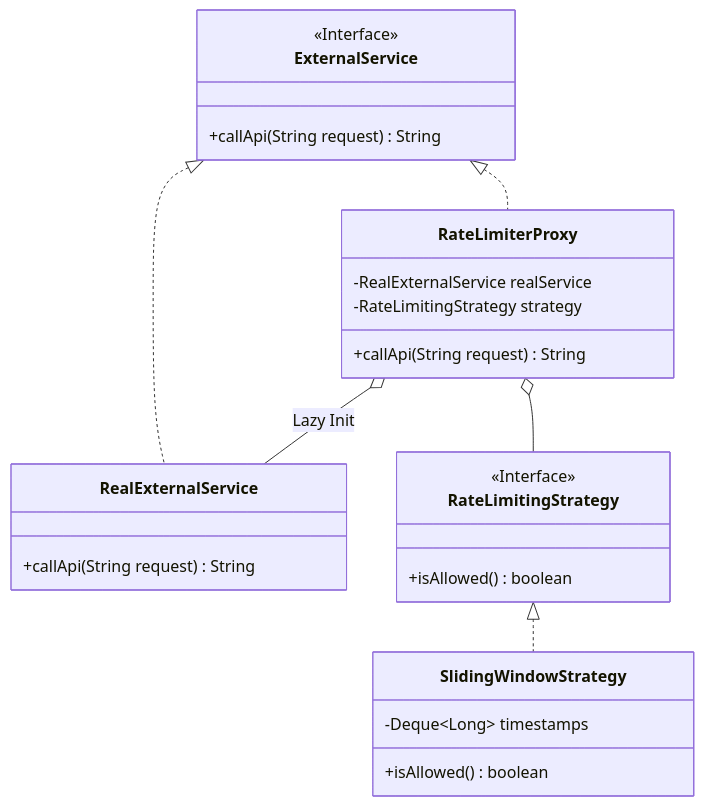
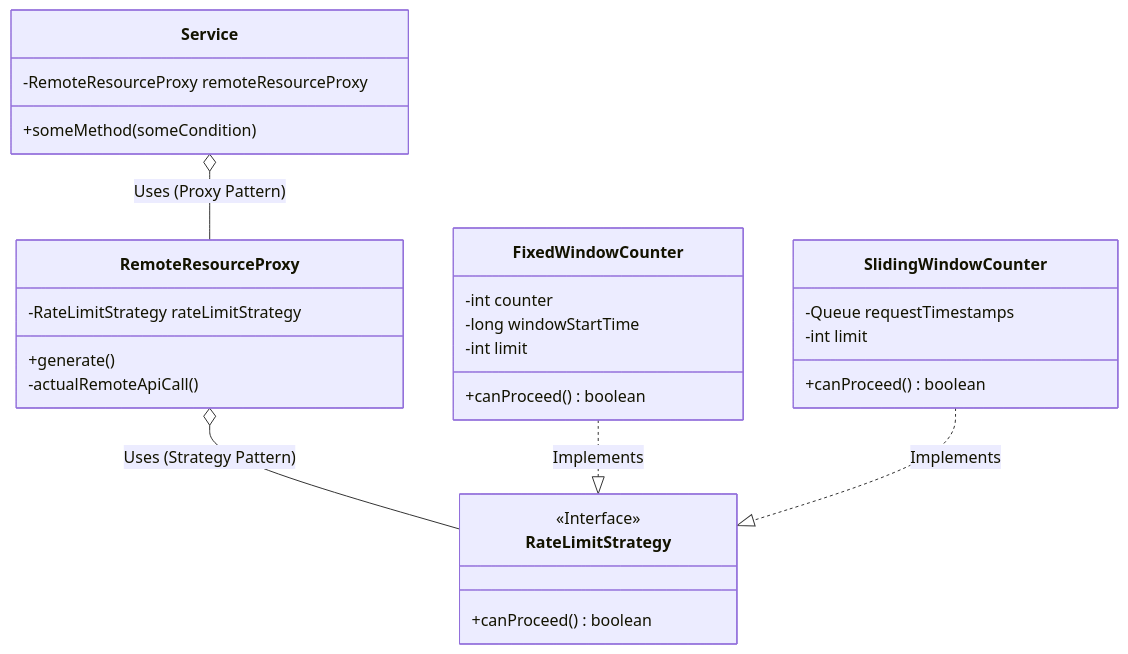
Before and after one commit to WhySeriousKaif/SystemDesignAll: the diagram in rate_limiter/readme.md, drawn with Mermaid. The commit also changed other lines of this file and 39 other files, not shown here.

````diff
--- a/rate_limiter/readme.md
+++ b/rate_limiter/readme.md
@@ -49,29 +21,37 @@
 ```mermaid
 classDiagram
-    class ExternalService {
+    class RateLimitStrategy {
         <<Interface>>
-        +callApi(String request) String
-    }
-    class RealExternalService {
-        +callApi(String request) String
-    }
-    class RateLimiterProxy {
-        -RealExternalService realService
-        -RateLimitingStrategy strategy
-        +callApi(String request) String
-    }
-    class RateLimitingStrategy {
-        <<Interface>>
-        +isAllowed() boolean
-    }
-    class SlidingWindowStrategy {
-        -Deque~Long~ timestamps
-        +isAllowed() boolean
+        +canProceed() boolean
     }
 
-    ExternalService <|.. RealExternalService
-    ExternalService <|.. RateLimiterProxy
-    RateLimiterProxy o-- RateLimitingStrategy
-    RateLimiterProxy o-- RealExternalService : Lazy Init
-    RateLimitingStrategy <|.. SlidingWindowStrategy
+    class FixedWindowCounter {
+        -int counter
+        -long windowStartTime
+        -int limit
+        +canProceed() boolean
+    }
+
+    class SlidingWindowCounter {
+        -Queue requestTimestamps
+        -int limit
+        +canProceed() boolean
+    }
+
+    class RemoteResourceProxy {
+        -RateLimitStrategy rateLimitStrategy
+        +generate()
+        -actualRemoteApiCall()
+    }
+
+    class Service {
+        -RemoteResourceProxy remoteResourceProxy
+        +someMethod(someCondition)
+    }
+
+    %% Relationships
+    RemoteResourceProxy o-- RateLimitStrategy : Uses (Strategy Pattern)
+    FixedWindowCounter ..|> RateLimitStrategy : Implements
+    SlidingWindowCounter ..|> RateLimitStrategy : Implements
+    Service o-- RemoteResourceProxy : Uses (Proxy Pattern)
 ```
````
